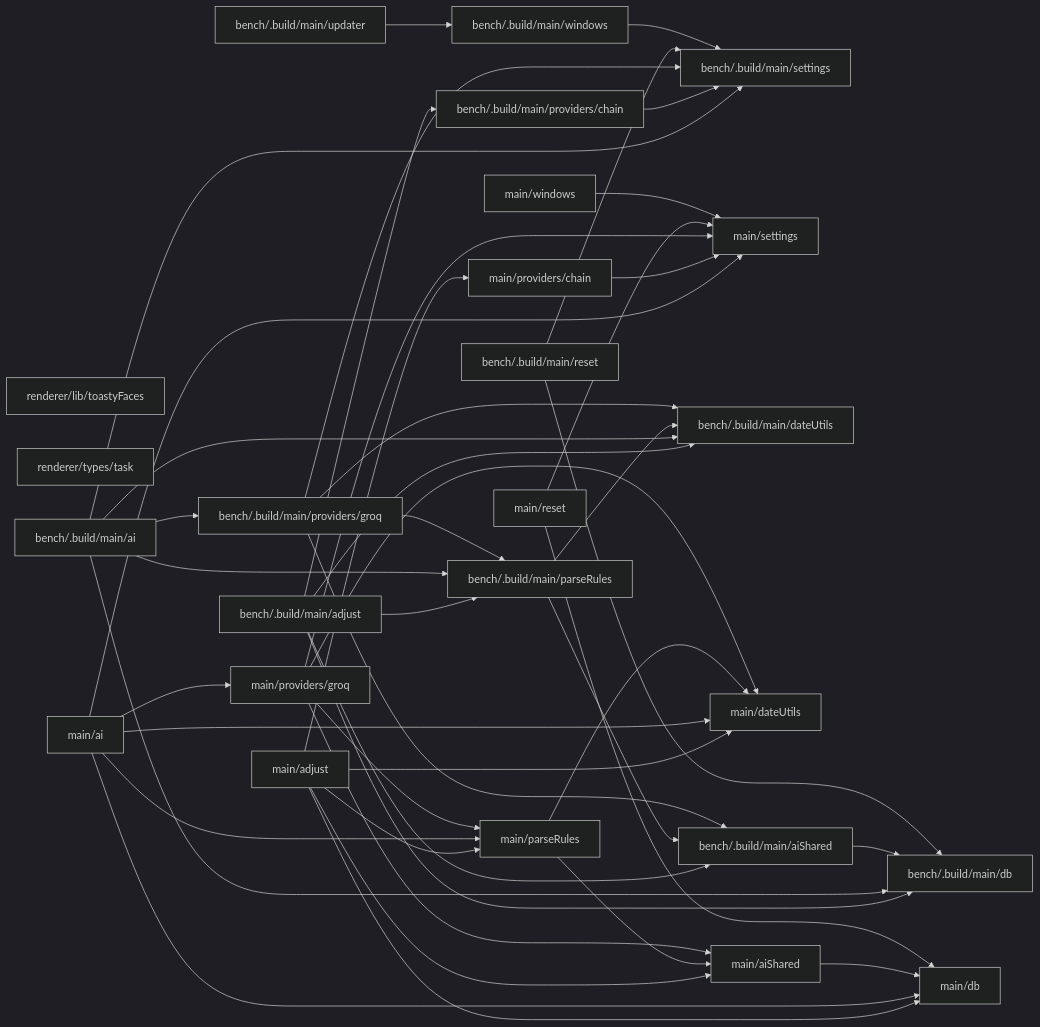
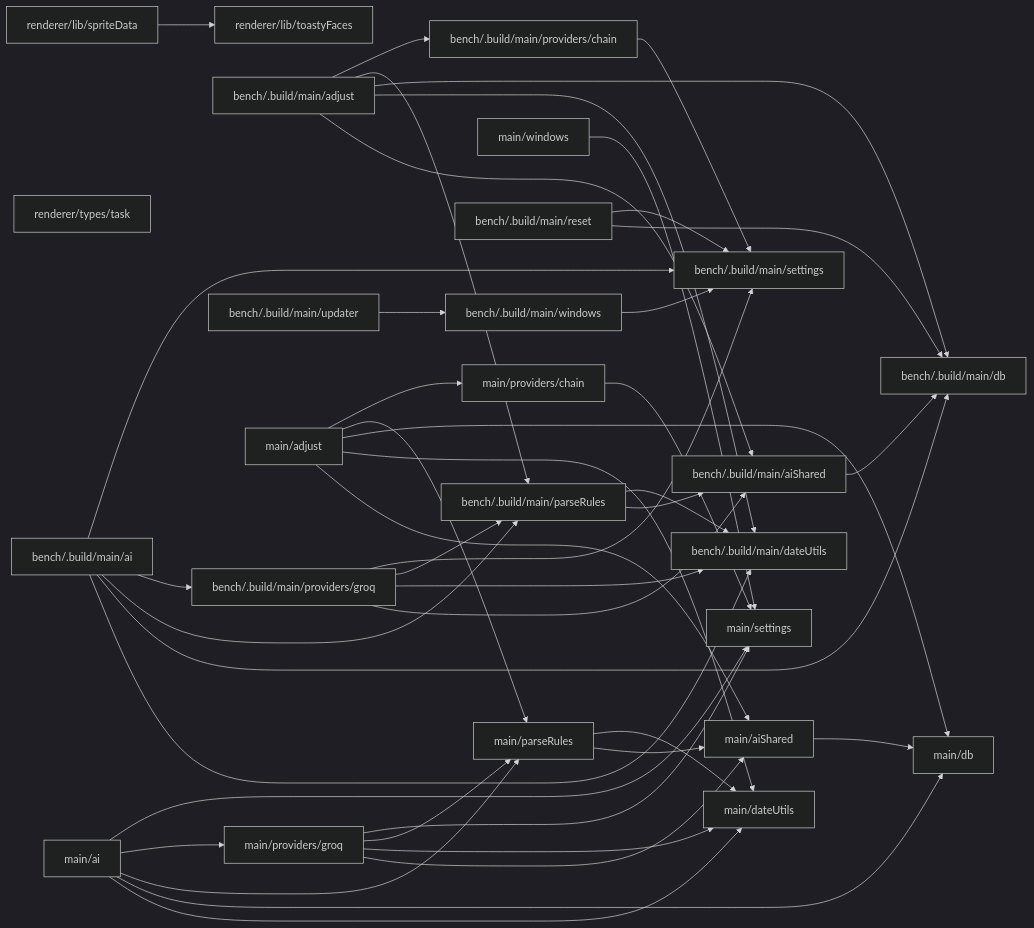
Before and after one commit to newbiemi/toasty: the diagram in docs/map/MAP.md, drawn with Mermaid (dark theme). The commit also changed other lines of this file and 11 other files, not shown here.

````diff
--- a/docs/map/MAP.md
+++ b/docs/map/MAP.md
@@ -16,71 +16,70 @@
 ```mermaid
 graph LR
-  n0["bench/.build/main/settings"]
-  n1["main/settings"]
+  n0["main/settings"]
+  n1["bench/.build/main/settings"]
   n2["bench/.build/main/db"]
   n3["main/db"]
   n4["bench/.build/main/dateUtils"]
   n5["main/dateUtils"]
   n6["bench/.build/main/aiShared"]
   n7["bench/.build/main/parseRules"]
   n8["main/aiShared"]
   n9["main/parseRules"]
-  n10["bench/.build/main/windows"]
-  n11["main/windows"]
-  n12["renderer/lib/toastyFaces"]
-  n13["renderer/types/task"]
-  n14["bench/.build/main/adjust"]
-  n15["bench/.build/main/ai"]
-  n16["bench/.build/main/providers/chain"]
-  n17["bench/.build/main/providers/groq"]
-  n18["bench/.build/main/reset"]
-  n19["bench/.build/main/updater"]
-  n20["main/adjust"]
-  n21["main/ai"]
-  n22["main/providers/chain"]
-  n23["main/providers/groq"]
-  n24["main/reset"]
-  n14 --> n6
-  n14 --> n4
-  n14 --> n2
-  n14 --> n7
-  n14 --> n16
+  n10["renderer/lib/spriteData"]
+  n11["renderer/lib/toastyFaces"]
+  n12["bench/.build/main/windows"]
+  n13["main/windows"]
+  n14["renderer/types/task"]
+  n15["bench/.build/main/adjust"]
+  n16["bench/.build/main/ai"]
+  n17["bench/.build/main/providers/chain"]
+  n18["bench/.build/main/providers/groq"]
+  n19["bench/.build/main/reset"]
+  n20["bench/.build/main/updater"]
+  n21["main/adjust"]
+  n22["main/ai"]
+  n23["main/providers/chain"]
+  n24["main/providers/groq"]
+  n15 --> n6
   n15 --> n4
   n15 --> n2
   n15 --> n7
   n15 --> n17
-  n15 --> n0
+  n16 --> n4
+  n16 --> n2
+  n16 --> n7
+  n16 --> n18
+  n16 --> n1
   n6 --> n2
   n7 --> n6
   n7 --> n4
-  n16 --> n0
-  n17 --> n6
-  n17 --> n4
-  n17 --> n7
-  n17 --> n0
-  n18 --> n2
-  n18 --> n0
-  n19 --> n10
-  n10 --> n0
-  n20 --> n8
-  n20 --> n5
-  n20 --> n3
-  n20 --> n9
-  n20 --> n22
+  n17 --> n1
+  n18 --> n6
+  n18 --> n4
+  n18 --> n7
+  n18 --> n1
+  n19 --> n2
+  n19 --> n1
+  n20 --> n12
+  n12 --> n1
+  n21 --> n8
   n21 --> n5
   n21 --> n3
   n21 --> n9
   n21 --> n23
-  n21 --> n1
+  n22 --> n5
+  n22 --> n3
+  n22 --> n9
+  n22 --> n24
+  n22 --> n0
   n8 --> n3
   n9 --> n8
   n9 --> n5
-  n22 --> n1
-  n23 --> n8
-  n23 --> n5
-  n23 --> n9
-  n23 --> n1
-  n24 --> n3
-  n24 --> n1
-  n11 --> n1
+  n23 --> n0
+  n24 --> n8
+  n24 --> n5
+  n24 --> n9
+  n24 --> n0
+  n13 --> n0
+  n10 --> n11
 ```
````
